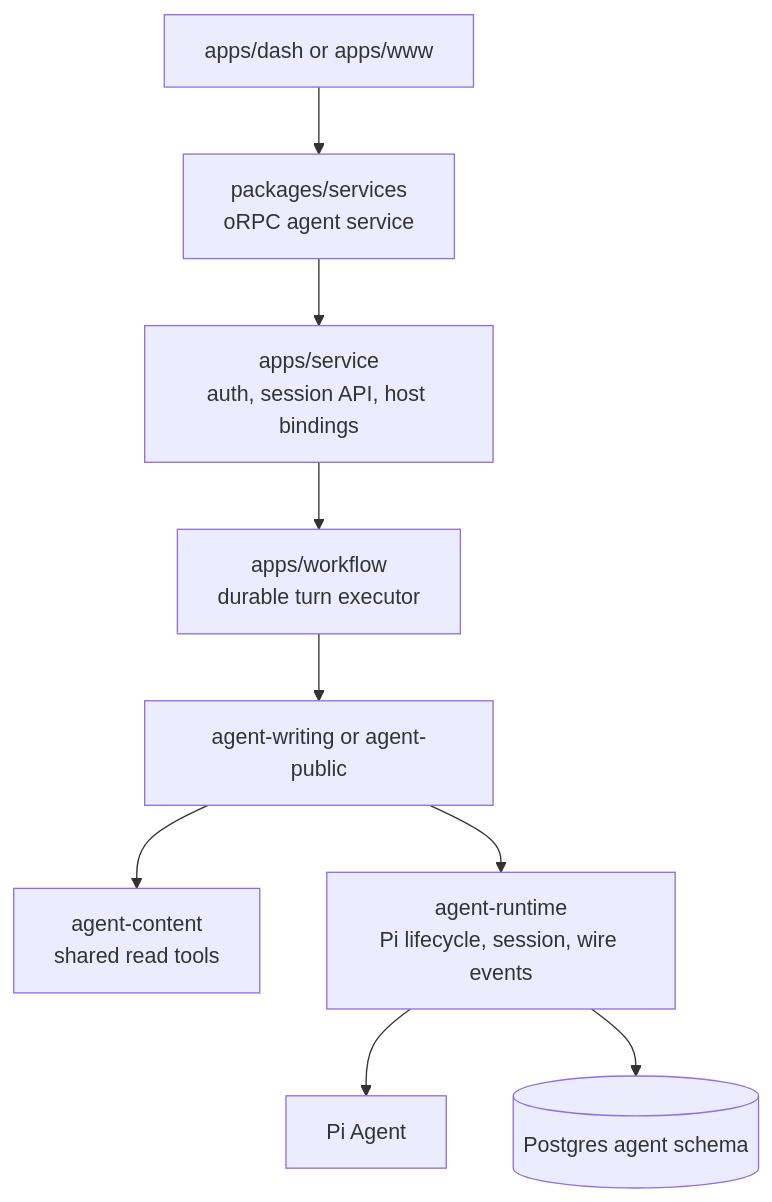
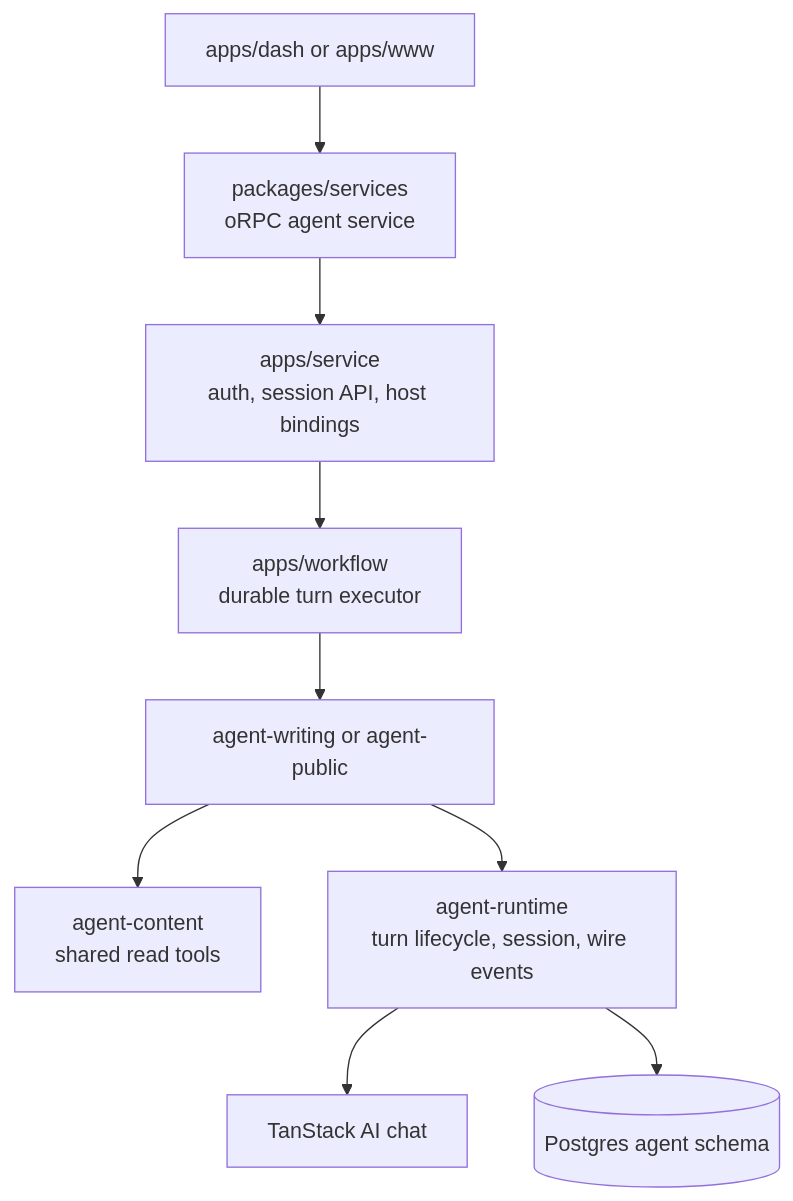
The first of 3 diagrams in docs/agent-architecture.md (Chia1104/chia1104.dev), drawn with Mermaid before and after one commit. The commit also changed other lines of this file and 3 other files, not shown here.

First line of the commit message:
docs(agent): describe the TanStack AI runtime

````diff
--- a/docs/agent-architecture.md
+++ b/docs/agent-architecture.md
@@ -22,11 +22,11 @@
 ```mermaid
 flowchart TB
     UI[apps/dash or apps/www] --> API[packages/services<br/>oRPC agent service]
     API --> SVC[apps/service<br/>auth, session API, host bindings]
     SVC --> WF[apps/workflow<br/>durable turn executor]
     WF --> KIND[agent-writing or agent-public]
     KIND --> CONTENT[agent-content<br/>shared read tools]
-    KIND --> RUNTIME[agent-runtime<br/>Pi lifecycle, session, wire events]
-    RUNTIME --> PI[Pi Agent]
+    KIND --> RUNTIME[agent-runtime<br/>turn lifecycle, session, wire events]
+    RUNTIME --> ENGINE[TanStack AI chat]
     RUNTIME --> PG[(Postgres agent schema)]
 ```
````
